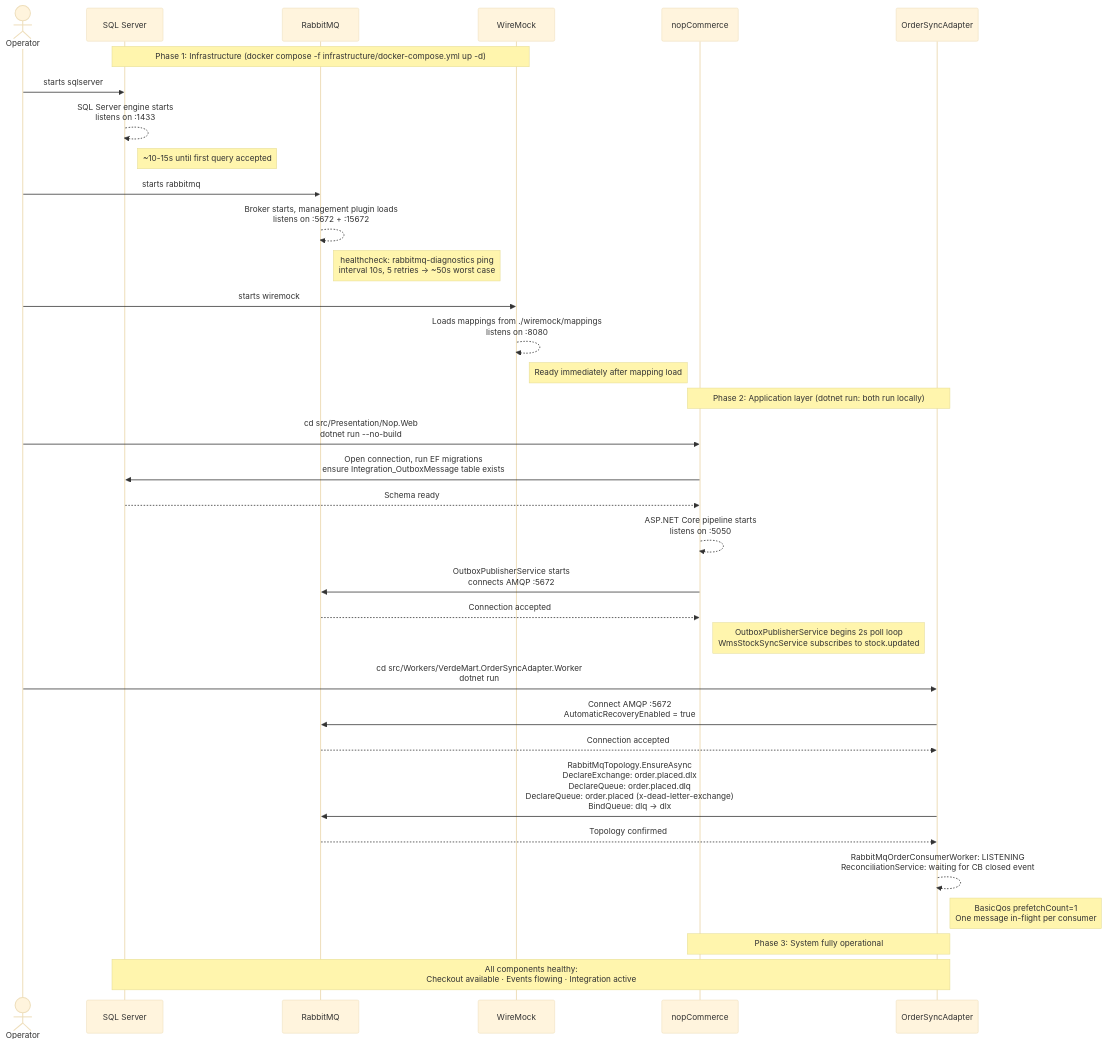
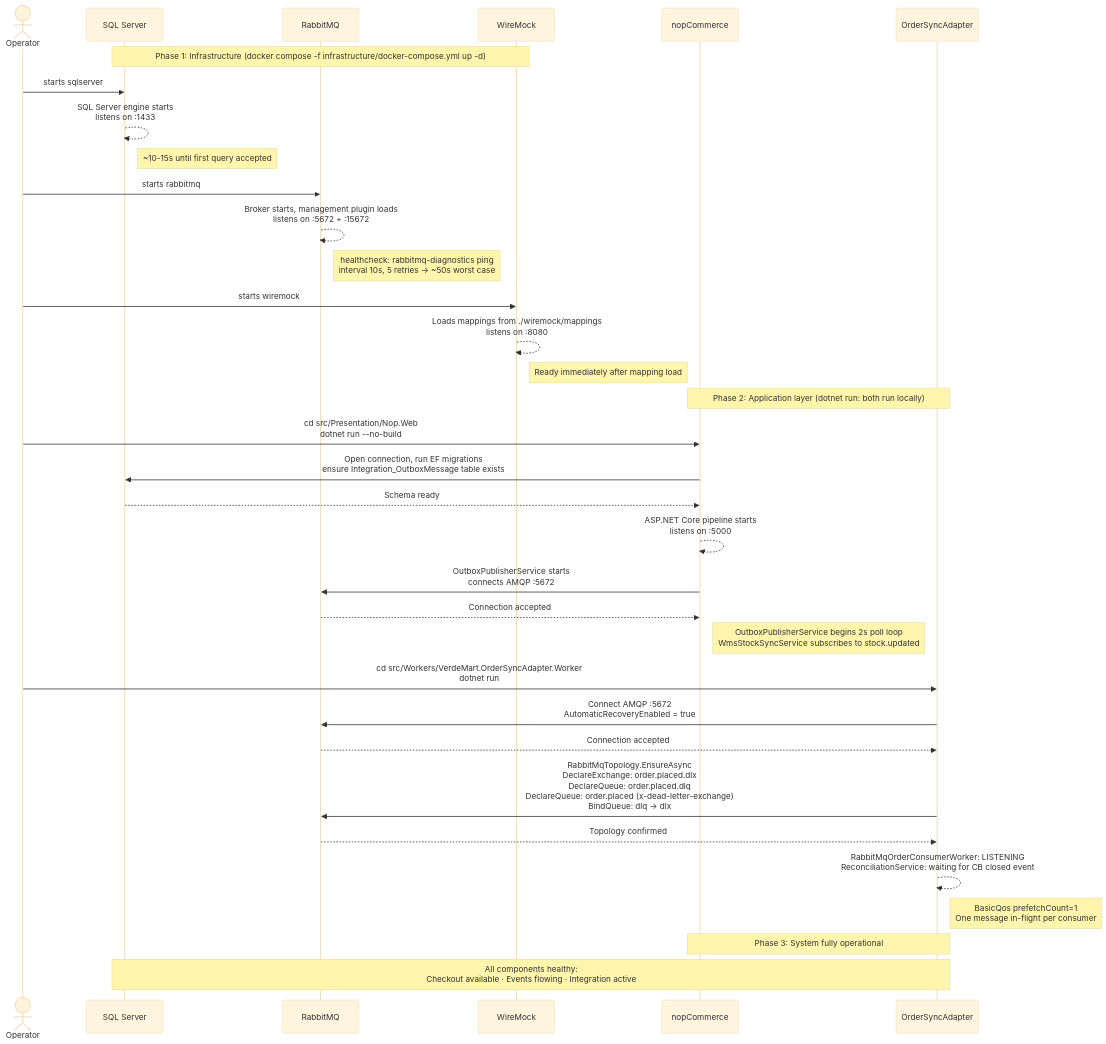
One commit to Assignment2-AS/nopCommerce-Omnichannel-Core changed the diagram in docs/startup-sequence.md. Above: the diagram before and after it, drawn with Mermaid (base theme). The commit also changed 1 other file, not shown here.

````diff
--- a/docs/startup-sequence.md
+++ b/docs/startup-sequence.md
@@ -13,45 +13,45 @@
 ```mermaid
 sequenceDiagram
     actor Operator
     participant SQL as SQL Server
     participant RMQ as RabbitMQ
     participant WM as WireMock
     participant NOP as nopCommerce
     participant OSA as OrderSyncAdapter
 
     note over SQL,WM: Phase 1: Infrastructure (docker compose -f infrastructure/docker-compose.yml up -d)
 
     Operator->>SQL: starts sqlserver
     SQL-->>SQL: SQL Server engine starts<br/>listens on :1433
     note right of SQL: ~10-15s until first query accepted
 
     Operator->>RMQ: starts rabbitmq
     RMQ-->>RMQ: Broker starts, management plugin loads<br/>listens on :5672 + :15672
     note right of RMQ: healthcheck: rabbitmq-diagnostics ping<br/>interval 10s, 5 retries → ~50s worst case
 
     Operator->>WM: starts wiremock
     WM-->>WM: Loads mappings from ./wiremock/mappings<br/>listens on :8080
     note right of WM: Ready immediately after mapping load
 
     note over NOP,OSA: Phase 2: Application layer (dotnet run: both run locally)
 
     Operator->>NOP: cd src/Presentation/Nop.Web<br/>dotnet run --no-build
     NOP->>SQL: Open connection, run EF migrations<br/>ensure Integration_OutboxMessage table exists
     SQL-->>NOP: Schema ready
-    NOP-->>NOP: ASP.NET Core pipeline starts<br/>listens on :5050
+    NOP-->>NOP: ASP.NET Core pipeline starts<br/>listens on :5000
     NOP->>RMQ: OutboxPublisherService starts<br/>connects AMQP :5672
     RMQ-->>NOP: Connection accepted
     note right of NOP: OutboxPublisherService begins 2s poll loop<br/>WmsStockSyncService subscribes to stock.updated
 
     Operator->>OSA: cd src/Workers/VerdeMart.OrderSyncAdapter.Worker<br/>dotnet run
     OSA->>RMQ: Connect AMQP :5672<br/>AutomaticRecoveryEnabled = true
     RMQ-->>OSA: Connection accepted
     OSA->>RMQ: RabbitMqTopology.EnsureAsync<br/>DeclareExchange: order.placed.dlx<br/>DeclareQueue: order.placed.dlq<br/>DeclareQueue: order.placed (x-dead-letter-exchange)<br/>BindQueue: dlq → dlx
     RMQ-->>OSA: Topology confirmed
     OSA-->>OSA: RabbitMqOrderConsumerWorker: LISTENING<br/>ReconciliationService: waiting for CB closed event
     note right of OSA: BasicQos prefetchCount=1<br/>One message in-flight per consumer
 
     note over NOP,OSA: Phase 3: System fully operational
 
     note over SQL,OSA: All components healthy:<br/>Checkout available · Events flowing · Integration active
 ```
````
